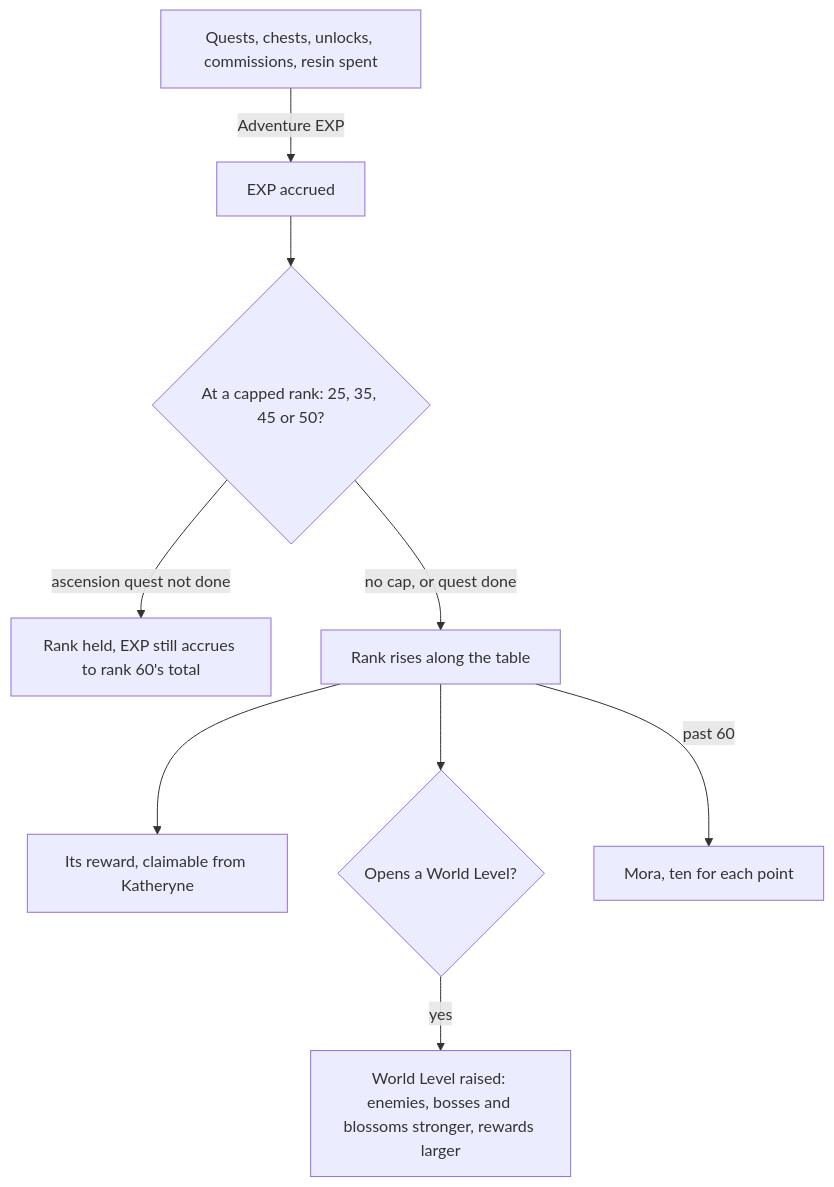
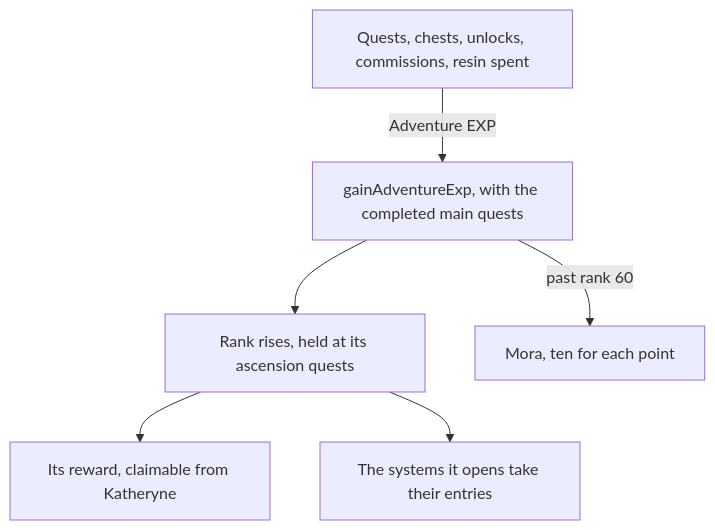
The diagram in apps/web/content/docs/proposals/genshin/adventure-rank.md (Esposter/Esposter), drawn with Mermaid before and after one commit. The commit also changed other lines of this file and 3 other files, not shown here.

First line of the commit message:
docs(genshin): Adventure Rank is as built — the rank to 60 on the game's table held at the ascension quests, the World Level and its lowering, and the enemies it raises; the proposal keeps the unbuilt parts, and the name plates that read the spawn's level are on the Recordings owed list

````diff
--- a/apps/web/content/docs/proposals/genshin/adventure-rank.md
+++ b/apps/web/content/docs/proposals/genshin/adventure-rank.md
@@ -24,11 +22,8 @@
 ```mermaid
 flowchart TD
-  SRC["Quests, chests, unlocks, commissions, resin spent"] -->|"Adventure EXP"| EXP["EXP accrued"]
-  EXP --> CAP{"At a capped rank: 25, 35, 45 or 50?"}
-  CAP -->|"ascension quest not done"| HOLD["Rank held, EXP still accrues to rank 60's total"]
-  CAP -->|"no cap, or quest done"| RANK["Rank rises along the table"]
+  SRC["Quests, chests, unlocks, commissions, resin spent"] -->|"Adventure EXP"| G["gainAdventureExp, with the completed main quests"]
+  G --> RANK["Rank rises, held at its ascension quests"]
   RANK --> REWARD["Its reward, claimable from Katheryne"]
-  RANK --> WL{"Opens a World Level?"}
-  WL -->|"yes"| WORLD["World Level raised: enemies, bosses and blossoms stronger, rewards larger"]
-  RANK -->|"past 60"| MORA["Mora, ten for each point"]
+  RANK --> SYSTEMS["The systems it opens take their entries"]
+  G -->|"past rank 60"| MORA["Mora, ten for each point"]
 ```
````
